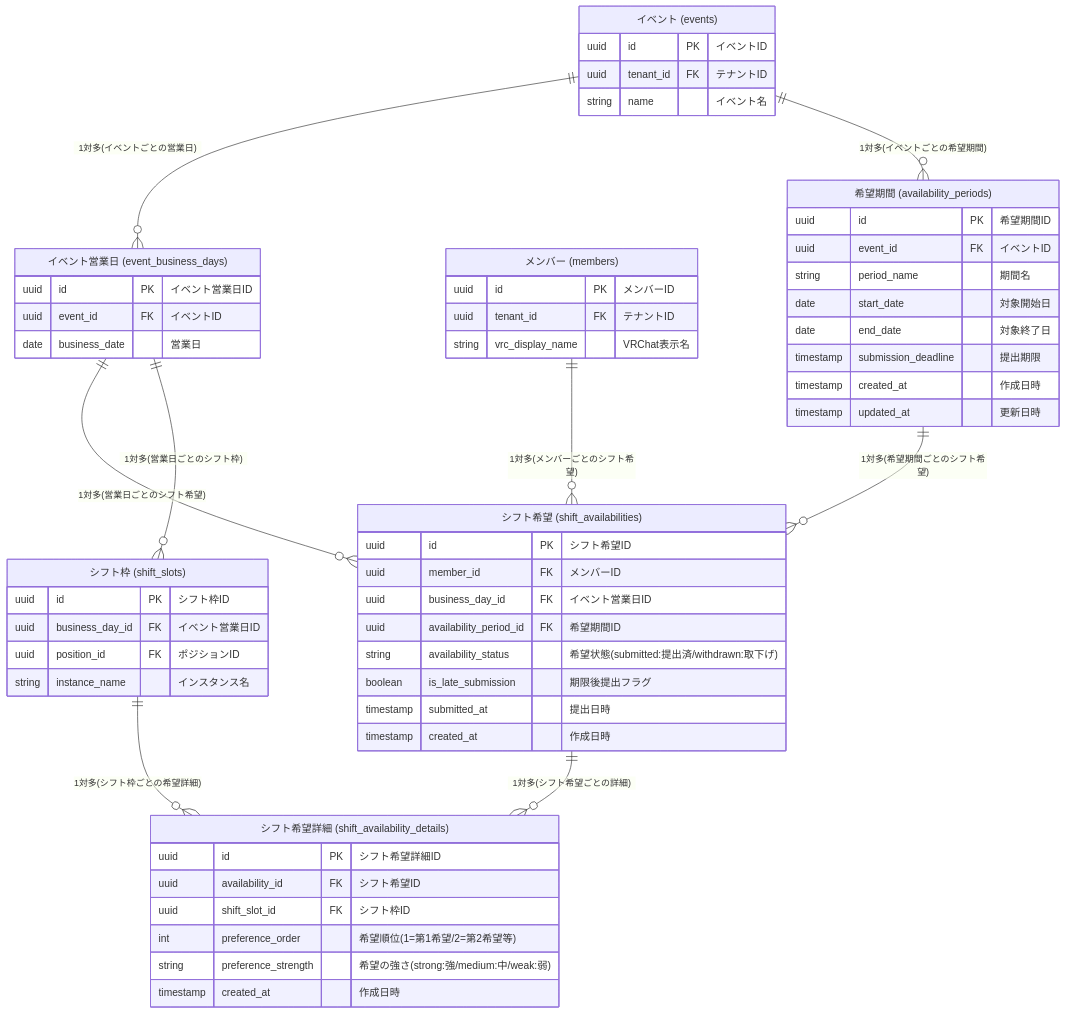
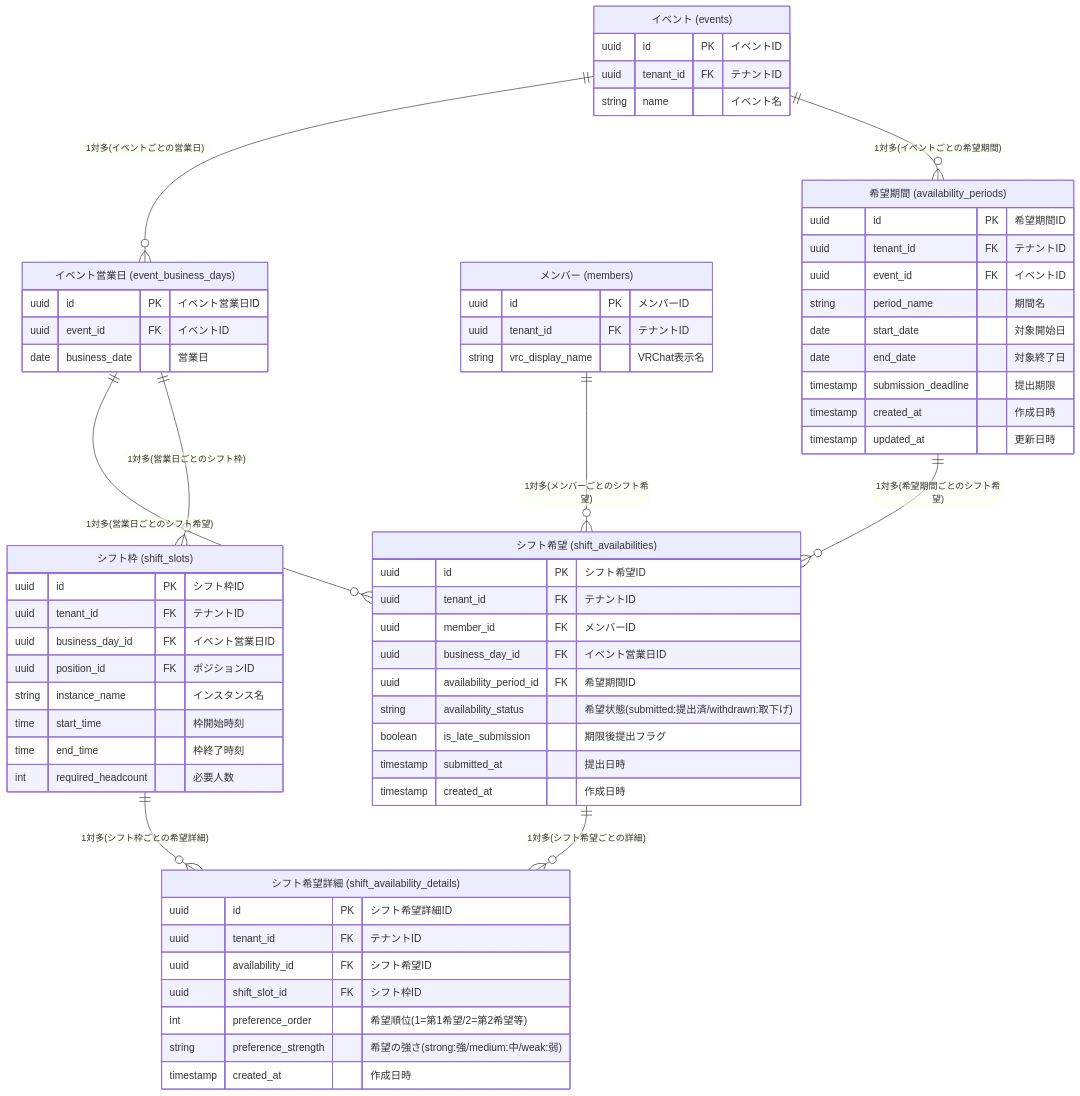
Before and after one commit to kento-matsunaga/vrc-shift-scheduler: the diagram in docs/domain/40_shift-request/データモデル.mdc, drawn with Mermaid. The commit also changed other lines of this file and 10 other files, not shown here.

````diff
--- a/docs/domain/40_shift-request/データモデル.mdc
+++ b/docs/domain/40_shift-request/データモデル.mdc
@@ -98,67 +98,74 @@
 ```mermaid
 erDiagram
     イベント["イベント (events)"] {
         uuid id PK "イベントID"
         uuid tenant_id FK "テナントID"
         string name "イベント名"
     }
 
     イベント営業日["イベント営業日 (event_business_days)"] {
         uuid id PK "イベント営業日ID"
         uuid event_id FK "イベントID"
         date business_date "営業日"
     }
 
     メンバー["メンバー (members)"] {
         uuid id PK "メンバーID"
         uuid tenant_id FK "テナントID"
         string vrc_display_name "VRChat表示名"
     }
 
     希望期間["希望期間 (availability_periods)"] {
         uuid id PK "希望期間ID"
+        uuid tenant_id FK "テナントID"
         uuid event_id FK "イベントID"
         string period_name "期間名"
         date start_date "対象開始日"
         date end_date "対象終了日"
         timestamp submission_deadline "提出期限"
         timestamp created_at "作成日時"
         timestamp updated_at "更新日時"
     }
 
     シフト希望["シフト希望 (shift_availabilities)"] {
         uuid id PK "シフト希望ID"
+        uuid tenant_id FK "テナントID"
         uuid member_id FK "メンバーID"
         uuid business_day_id FK "イベント営業日ID"
         uuid availability_period_id FK "希望期間ID"
         string availability_status "希望状態(submitted:提出済/withdrawn:取下げ)"
         boolean is_late_submission "期限後提出フラグ"
         timestamp submitted_at "提出日時"
         timestamp created_at "作成日時"
     }
 
     シフト希望詳細["シフト希望詳細 (shift_availability_details)"] {
         uuid id PK "シフト希望詳細ID"
+        uuid tenant_id FK "テナントID"
         uuid availability_id FK "シフト希望ID"
         uuid shift_slot_id FK "シフト枠ID"
         int preference_order "希望順位(1=第1希望/2=第2希望等)"
         string preference_strength "希望の強さ(strong:強/medium:中/weak:弱)"
         timestamp created_at "作成日時"
     }
 
     シフト枠["シフト枠 (shift_slots)"] {
         uuid id PK "シフト枠ID"
+        uuid tenant_id FK "テナントID"
         uuid business_day_id FK "イベント営業日ID"
         uuid position_id FK "ポジションID"
         string instance_name "インスタンス名"
+        time start_time "枠開始時刻"
+        time end_time "枠終了時刻"
+        int required_headcount "必要人数"
     }
 
     イベント ||--o{ イベント営業日 : "1対多(イベントごとの営業日)"
     イベント ||--o{ 希望期間 : "1対多(イベントごとの希望期間)"
     イベント営業日 ||--o{ シフト希望 : "1対多(営業日ごとのシフト希望)"
     イベント営業日 ||--o{ シフト枠 : "1対多(営業日ごとのシフト枠)"
     メンバー ||--o{ シフト希望 : "1対多(メンバーごとのシフト希望)"
     希望期間 ||--o{ シフト希望 : "1対多(希望期間ごとのシフト希望)"
     シフト希望 ||--o{ シフト希望詳細 : "1対多(シフト希望ごとの詳細)"
     シフト枠 ||--o{ シフト希望詳細 : "1対多(シフト枠ごとの希望詳細)"
 ```
````
